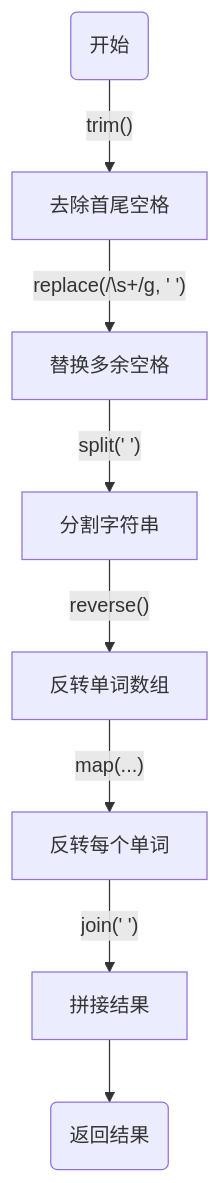
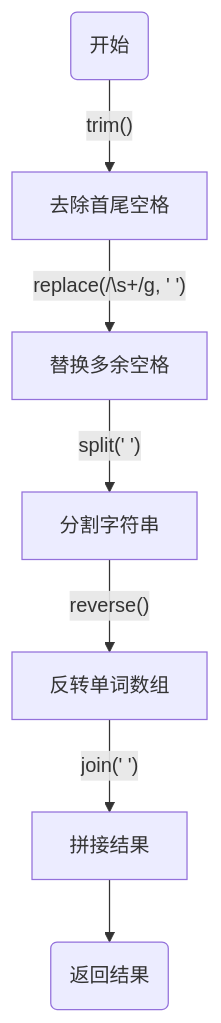
One commit to Tdahuyou/leetcode changed the diagram in 0151. 反转字符串中的单词【中等】/README.md. Above: the diagram before and after it, drawn with Mermaid. The commit also changed other lines of this file, not shown here.

````diff
--- a/0151. 反转字符串中的单词【中等】/README.md
+++ b/0151. 反转字符串中的单词【中等】/README.md
@@ -68,10 +59,9 @@
 ```mermaid
 flowchart TD
   A("开始") --trim()--> B["去除首尾空格"]
   B --replace(/\s+/g, ' ')--> C["替换多余空格"]
   C --split(' ')--> D["分割字符串"]
   D --reverse()--> E["反转单词数组"]
-  E --map(...)--> F["反转每个单词"]
-  F --join(' ')--> G["拼接结果"]
+  E --join(' ')--> G["拼接结果"]
   G --> H("返回结果")
 ```
````
